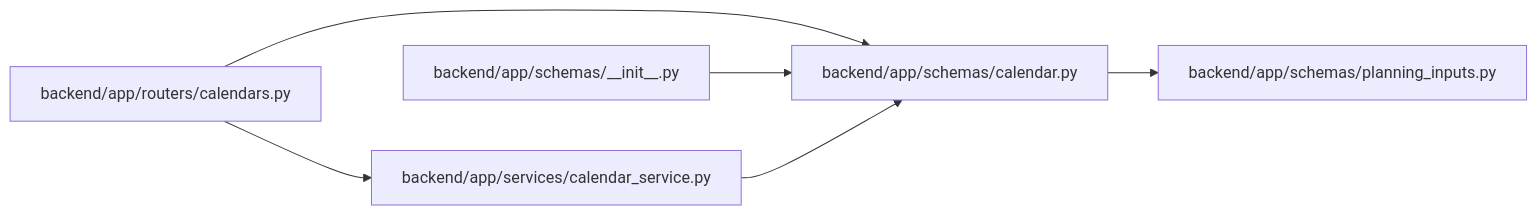
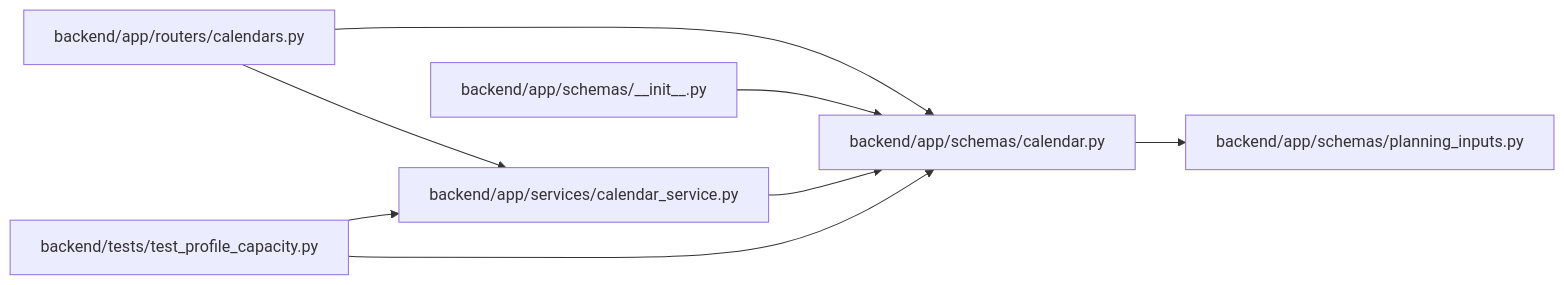
The diagram in docs/llm_wiki/modules/schemas_calendar.md (Denissvgn/WorkChord), drawn with Mermaid before and after one commit. The commit also changed other lines of this file and 261 other files, not shown here.

````diff
--- a/docs/llm_wiki/modules/schemas_calendar.md
+++ b/docs/llm_wiki/modules/schemas_calendar.md
@@ -21,18 +21,22 @@
 ```mermaid
 flowchart LR
     n0["backend/app/routers/calendars.py"]
     n1["backend/app/schemas/__init__.py"]
     n2["backend/app/schemas/calendar.py"]
     n3["backend/app/schemas/planning_inputs.py"]
     n4["backend/app/services/calendar_service.py"]
+    n5["backend/tests/test_profile_capacity.py"]
     n0 --> n2
     n0 --> n4
     n1 --> n2
     n2 --> n3
     n4 --> n2
+    n5 --> n2
+    n5 --> n4
     click n0 "../modules/calendars.md"
     click n1 "../modules/schemas___init__.md"
     click n2 "../modules/schemas_calendar.md"
     click n3 "../modules/planning_inputs.md"
     click n4 "../modules/calendar_service.md"
+    click n5 "../modules/test_profile_capacity.md"
 ```
````
